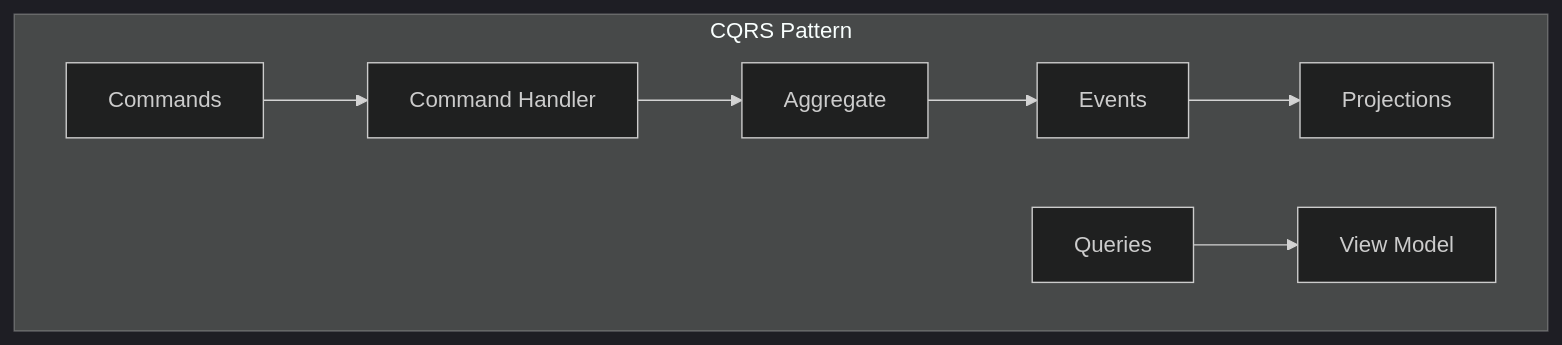
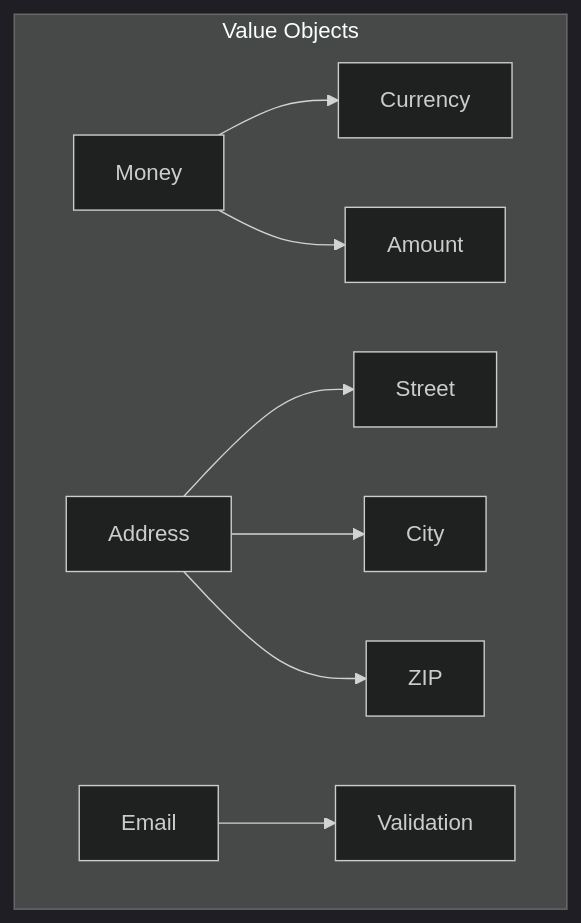
The sixth of 6 diagrams in src/Domain_Driven_Design.md (saravanakumarrc/Architecture_Journey), drawn with Mermaid (dark theme) before and after one commit. The commit also changed other lines of this file and 7 other files, not shown here.

First line of the commit message:
Refactor Trade-off Analysis documentation and enhance architecture governance models

````diff
--- a/src/Domain_Driven_Design.md
+++ b/src/Domain_Driven_Design.md
@@ -183,10 +318,13 @@
 ```mermaid
 graph TB
-    subgraph "CQRS Pattern"
-        C[Commands] --> M[Command Handler]
-        M --> A[Aggregate]
-        A --> E[Events]
-        E --> P[Projections]
-        Q[Queries] --> V[View Model]
+    subgraph "Value Objects"
+        M[Money] --> C[Currency]
+        M --> A[Amount]
+        
+        AD[Address] --> S[Street]
+        AD --> CT[City]
+        AD --> Z[ZIP]
+        
+        E[Email] --> V[Validation]
     end
 ```
````
